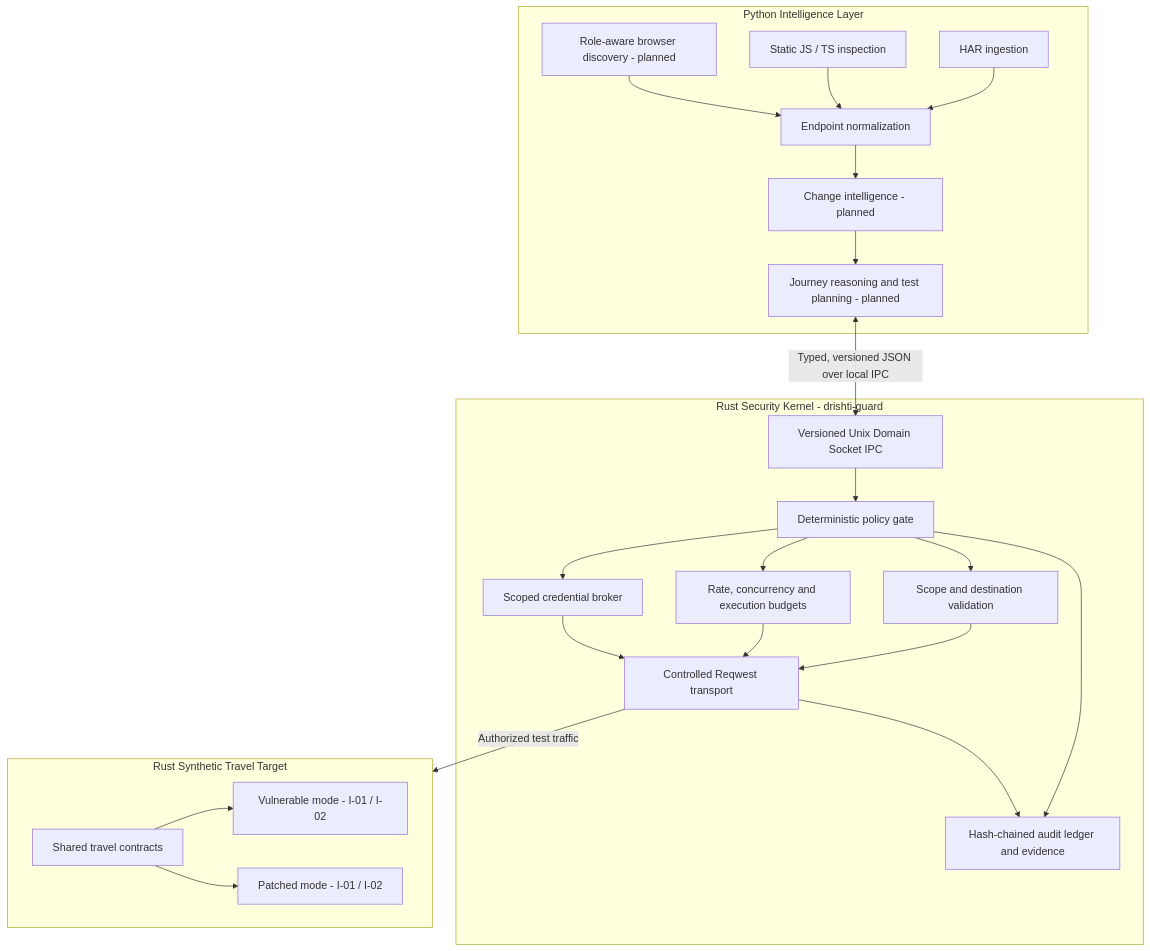
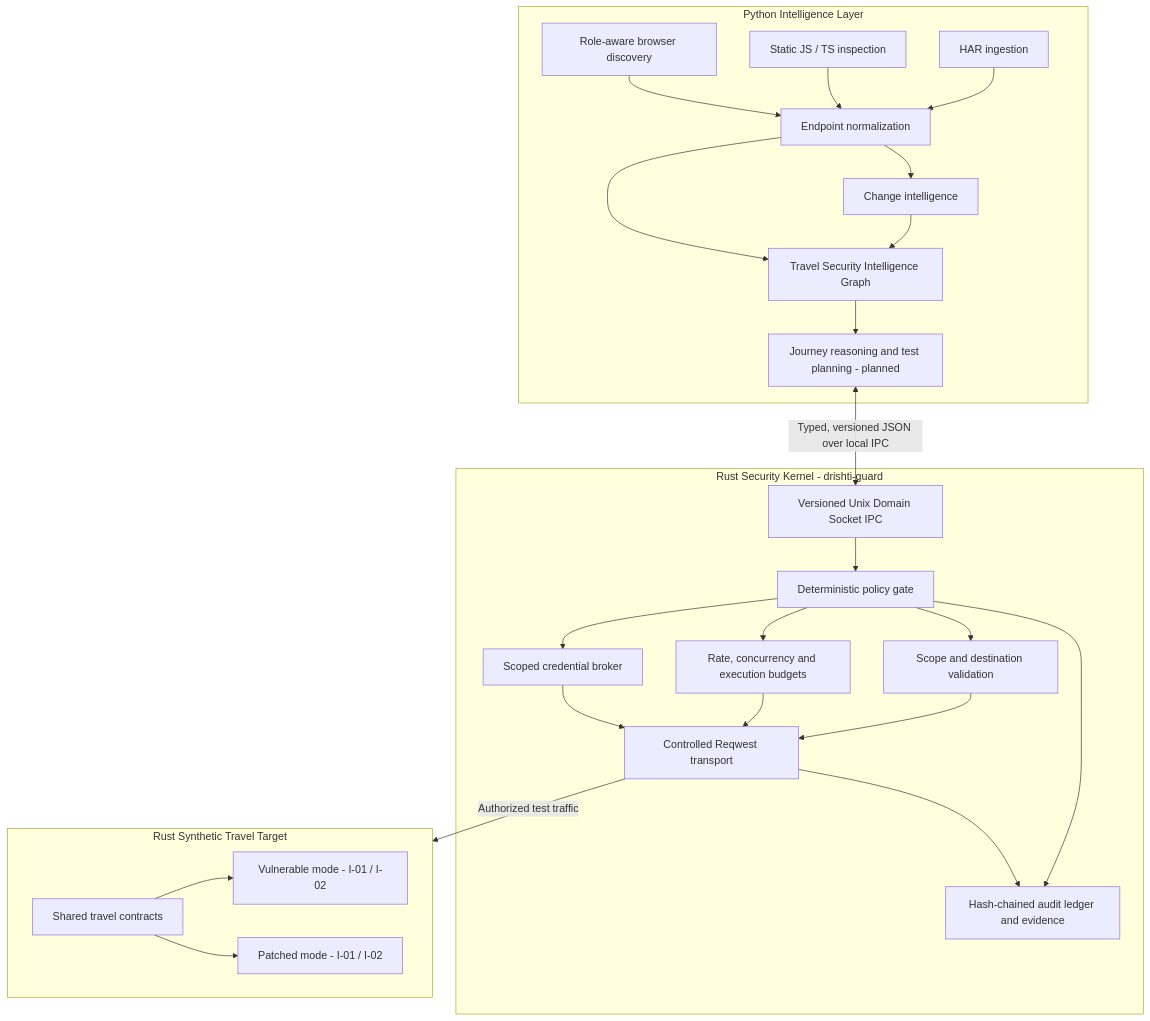
Before and after one commit to Rajatjyoti-arch/drishti-ai: the diagram in README.md, drawn with Mermaid. The commit also changed other lines of this file and 3 other files, not shown here.

Commit message:
feat(graph): implement NetworkX TravelSecurityGraph engine with invariant binding and attack-path extraction

````diff
--- a/README.md
+++ b/README.md
@@ -53,46 +53,49 @@
 ```mermaid
 flowchart TB
     subgraph PY[Python Intelligence Layer]
         HAR[HAR ingestion]
         BUNDLE[Static JS / TS inspection]
         NORM[Endpoint normalization]
-        CHANGE[Change intelligence - planned]
-        CRAWL[Role-aware browser discovery - planned]
+        CHANGE[Change intelligence]
+        CRAWL[Role-aware browser discovery]
+        GRAPH[Travel Security Intelligence Graph]
         PLANNER[Journey reasoning and test planning - planned]
         HAR --> NORM
         BUNDLE --> NORM
         NORM --> CHANGE
         CRAWL --> NORM
-        CHANGE --> PLANNER
+        CHANGE --> GRAPH
+        NORM --> GRAPH
+        GRAPH --> PLANNER
     end
 
     subgraph GUARD[Rust Security Kernel - drishti-guard]
         IPC[Versioned Unix Domain Socket IPC]
         GATE[Deterministic policy gate]
         SCOPE[Scope and destination validation]
         BUDGET[Rate, concurrency and execution budgets]
         CREDS[Scoped credential broker]
         HTTP[Controlled Reqwest transport]
         AUDIT[Hash-chained audit ledger and evidence]
         IPC --> GATE
         GATE --> SCOPE
         GATE --> BUDGET
         GATE --> CREDS
         GATE --> AUDIT
         SCOPE --> HTTP
         BUDGET --> HTTP
         CREDS --> HTTP
         HTTP --> AUDIT
     end
 
     subgraph TARGET[Rust Synthetic Travel Target]
         CONTRACT[Shared travel contracts]
         VULN[Vulnerable mode - I-01 / I-02]
         PATCH[Patched mode - I-01 / I-02]
         CONTRACT --> VULN
         CONTRACT --> PATCH
     end
 
     PLANNER <-->|Typed, versioned JSON over local IPC| IPC
     HTTP -->|Authorized test traffic| TARGET
 ```
````
